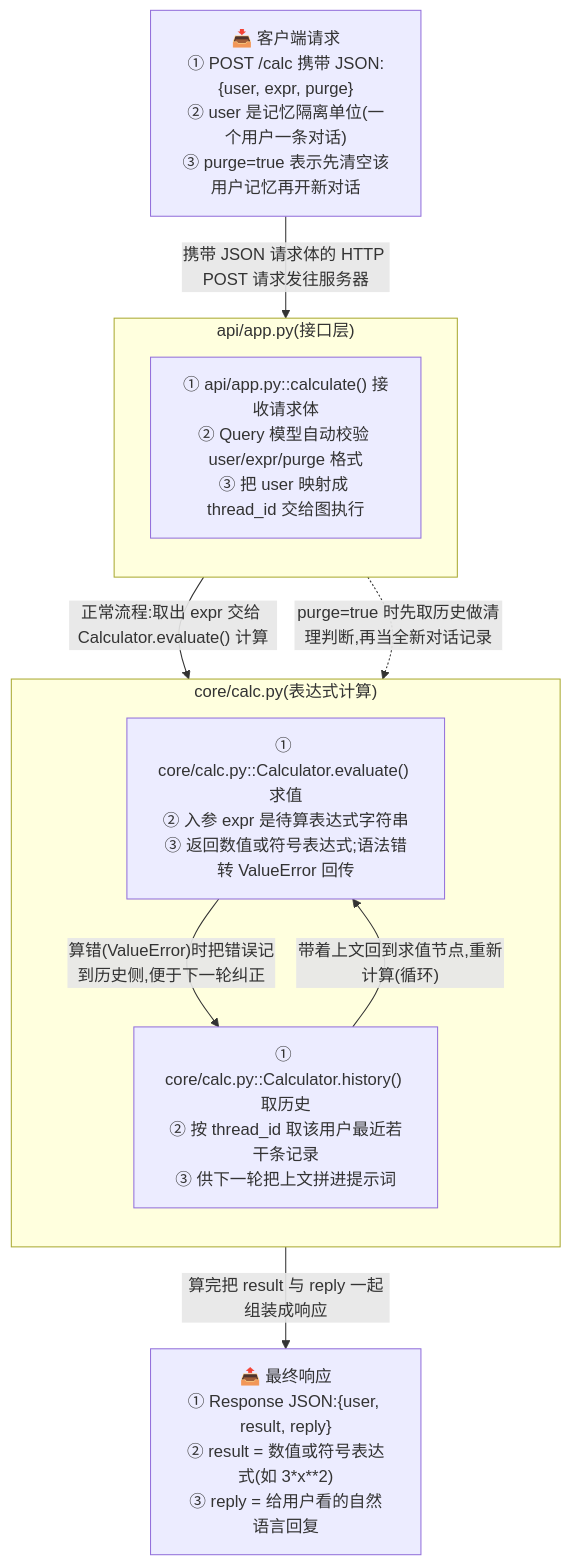
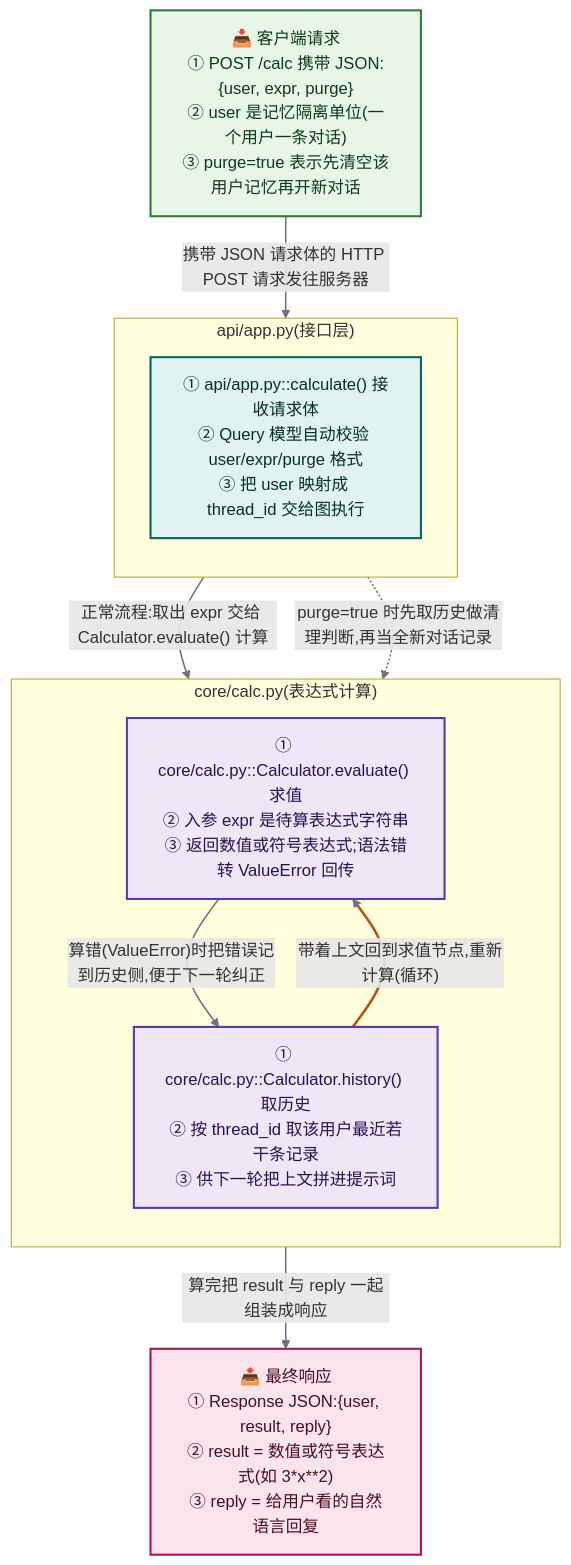
Before and after one commit to CaoN1Ma/PROJECT_FLOW: the diagram in README.zh-CN.md, drawn with Mermaid. The commit also changed other lines of this file and 2 other files, not shown here.

````diff
--- a/README.zh-CN.md
+++ b/README.zh-CN.md
@@ -17,29 +17,38 @@
 ```mermaid
 flowchart TD
+    %% ---- 配色类:底色 / 描边 / 文字色三件套 ----
+    classDef iface fill:#e0f2f1,stroke:#00695c,stroke-width:2px,color:#04302b
+    classDef core  fill:#ede7f6,stroke:#5e35b1,stroke-width:2px,color:#2a1152
+    classDef io    fill:#e8f5e9,stroke:#2e7d32,stroke-width:2px,color:#0c3d12
+    classDef out   fill:#fce4ec,stroke:#ad1457,stroke-width:2px,color:#4a0d24
+
     %% ==================== 输入:客户端请求 ====================
-    IN1["📥 客户端请求<br/>① POST /calc 携带 JSON:{user, expr, purge}<br/>② user 是记忆隔离单位(一个用户一条对话)<br/>③ purge=true 表示先清空该用户记忆再开新对话"]
+    IN1["📥 客户端请求<br/>① POST /calc 携带 JSON:{user, expr, purge}<br/>② user 是记忆隔离单位(一个用户一条对话)<br/>③ purge=true 表示先清空该用户记忆再开新对话"]:::io
 
     %% ==================== 接口层:接收与编排 ====================
     subgraph SUB_APP["api/app.py(接口层)"]
         direction TB
-        A1["① api/app.py::calculate() 接收请求体<br/>② Query 模型自动校验 user/expr/purge 格式<br/>③ 把 user 映射成 thread_id 交给图执行"]
+        A1["① api/app.py::calculate() 接收请求体<br/>② Query 模型自动校验 user/expr/purge 格式<br/>③ 把 user 映射成 thread_id 交给图执行"]:::iface
     end
 
     %% ==================== 核心:计算循环 ====================
     subgraph SUB_CORE["core/calc.py(表达式计算)"]
         direction TB
-        C1["① core/calc.py::Calculator.evaluate() 求值<br/>② 入参 expr 是待算表达式字符串<br/>③ 返回数值或符号表达式;语法错转 ValueError 回传"]
-        C2["① core/calc.py::Calculator.history() 取历史<br/>② 按 thread_id 取该用户最近若干条记录<br/>③ 供下一轮把上文拼进提示词"]
+        C1["① core/calc.py::Calculator.evaluate() 求值<br/>② 入参 expr 是待算表达式字符串<br/>③ 返回数值或符号表达式;语法错转 ValueError 回传"]:::core
+        C2["① core/calc.py::Calculator.history() 取历史<br/>② 按 thread_id 取该用户最近若干条记录<br/>③ 供下一轮把上文拼进提示词"]:::core
     end
 
     %% ==================== 输出:HTTP 响应 ====================
-    OUT1["📤 最终响应<br/>① Response JSON:{user, result, reply}<br/>② result = 数值或符号表达式(如 3*x**2)<br/>③ reply = 给用户看的自然语言回复"]
+    OUT1["📤 最终响应<br/>① Response JSON:{user, result, reply}<br/>② result = 数值或符号表达式(如 3*x**2)<br/>③ reply = 给用户看的自然语言回复"]:::out
 
     %% ==================== 连线(全部带具体说明) ====================
     IN1 -- "携带 JSON 请求体的 HTTP POST 请求发往服务器" --> A1
     A1  -- "正常流程:取出 expr 交给 Calculator.evaluate() 计算" --> C1
     A1  -. "purge=true 时先取历史做清理判断,再当全新对话记录" .-> C2
     C1  -- "算错(ValueError)时把错误记到历史侧,便于下一轮纠正" --> C2
     C2  -- "带着上文回到求值节点,重新计算(循环)" --> C1
     C1  -- "算完把 result 与 reply 一起组装成响应" --> OUT1
+
+    linkStyle default stroke:#6b7280,stroke-width:1.5px
+    linkStyle 4 stroke:#b45309,stroke-width:2.5px
 ```
````
